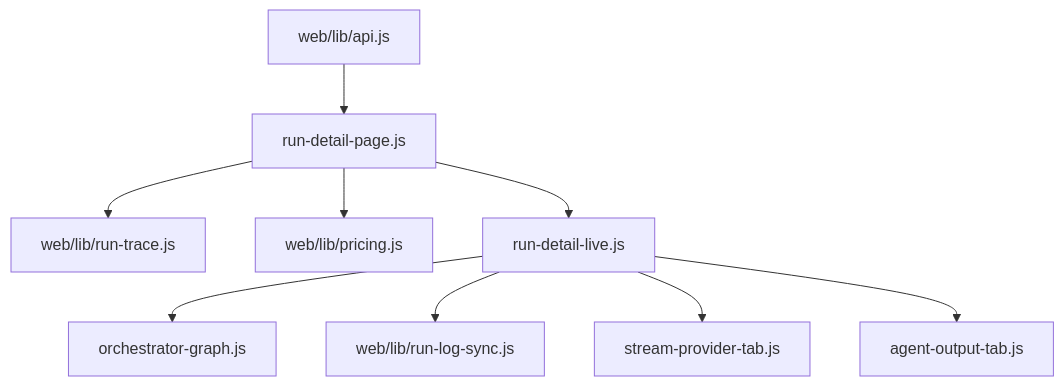
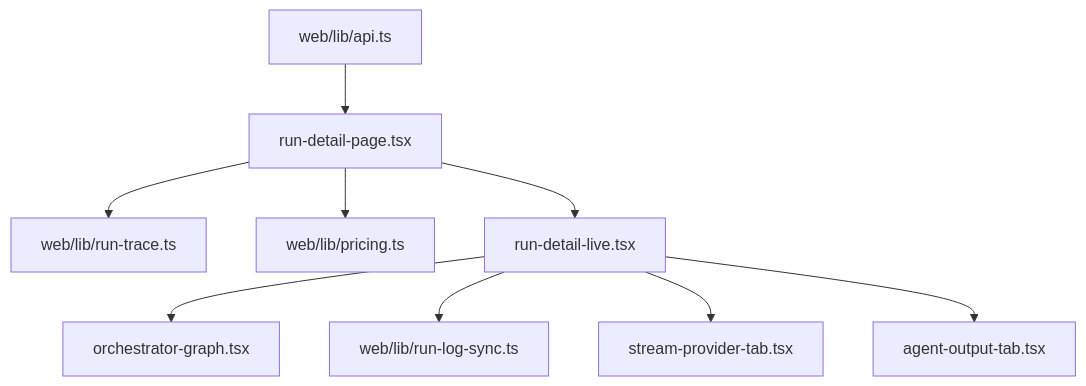
Before and after one commit to arfaouiahmed1/Open-Web-Catcher: the third of 3 diagrams in docs/api/operator-console.md, drawn with Mermaid. The commit also changed other lines of this file and 13 other files, not shown here.

````diff
--- a/docs/api/operator-console.md
+++ b/docs/api/operator-console.md
@@ -80,21 +107,21 @@
 ```mermaid
 flowchart TD
-  ApiFetch["web/lib/api.js"]
-  RunTrace["web/lib/run-trace.js"]
-  Pricing["web/lib/pricing.js"]
-  Sync["web/lib/run-log-sync.js"]
-  Page["run-detail-page.js"]
-  Live["run-detail-live.js"]
-  Graph["orchestrator-graph.js"]
-  ProviderTab["stream-provider-tab.js"]
-  OutputTab["agent-output-tab.js"]
+  ApiFetch["web/lib/api.ts"]
+  RunTrace["web/lib/run-trace.ts"]
+  Pricing["web/lib/pricing.ts"]
+  Sync["web/lib/run-log-sync.ts"]
+  Page["run-detail-page.tsx"]
+  Live["run-detail-live.tsx"]
+  Graph["orchestrator-graph.tsx"]
+  ProviderTab["stream-provider-tab.tsx"]
+  OutputTab["agent-output-tab.tsx"]
 
   ApiFetch --> Page
   Page --> RunTrace
   Page --> Pricing
   Page --> Live
   Live --> Graph
   Live --> Sync
   Live --> ProviderTab
   Live --> OutputTab
 ```
````
